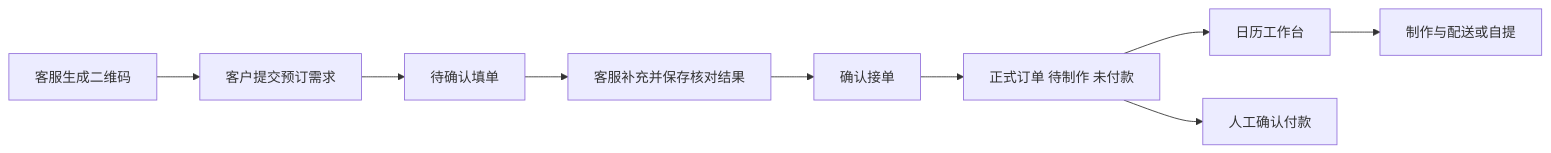
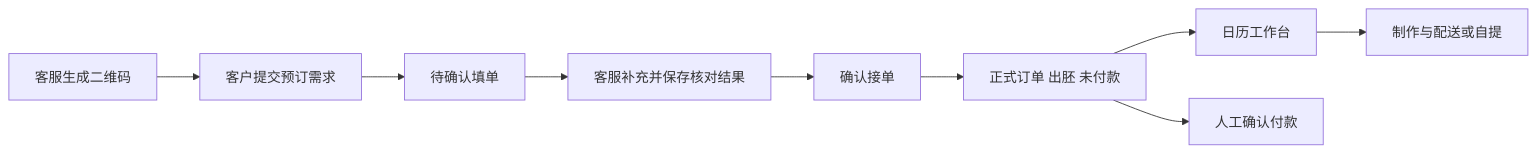
Before and after one commit to GorwayWong/WuhouCake: the diagram in docs/dev-ops/macos-local-workflow.md, drawn with Mermaid. The commit also changed other lines of this file and 78 other files, not shown here.

````diff
--- a/docs/dev-ops/macos-local-workflow.md
+++ b/docs/dev-ops/macos-local-workflow.md
@@ -7,11 +7,11 @@
 ```mermaid
 flowchart LR
     A[客服生成二维码] --> B[客户提交预订需求]
     B --> C[待确认填单]
     C --> D[客服补充并保存核对结果]
     D --> E[确认接单]
-    E --> F[正式订单 待制作 未付款]
+    E --> F[正式订单 出胚 未付款]
     F --> G[日历工作台]
     G --> H[制作与配送或自提]
     F --> I[人工确认付款]
 ```
````
